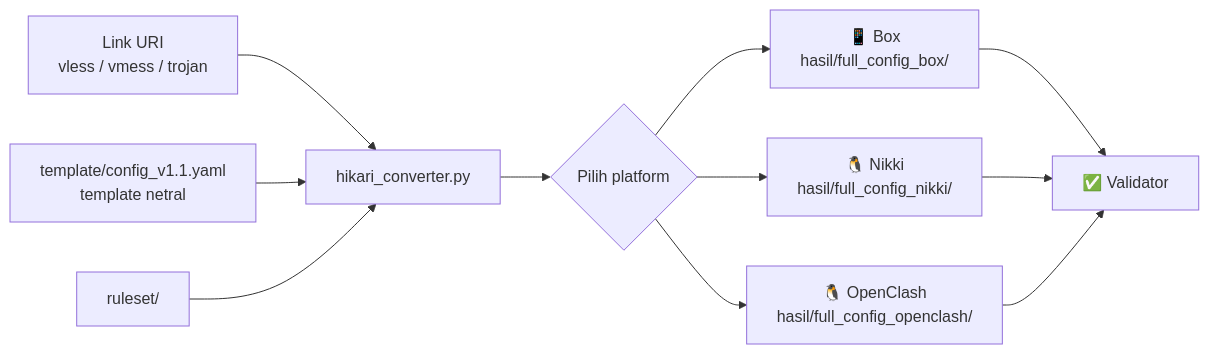
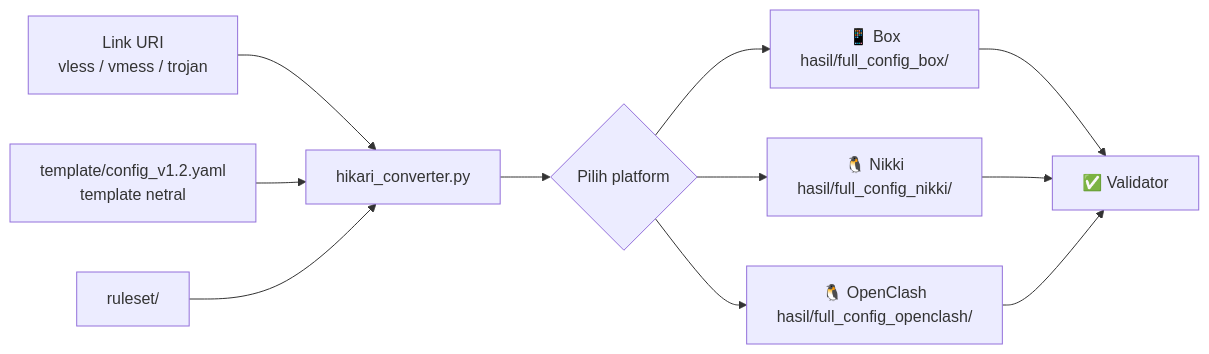
The diagram in README.md (nexterade/hikari-clash), drawn with Mermaid before and after one commit. The commit also changed other lines of this file and 4 other files, not shown here.

````diff
--- a/README.md
+++ b/README.md
@@ -97,13 +97,13 @@
 ```mermaid
 flowchart LR
     A[Link URI<br/>vless / vmess / trojan] --> B[hikari_converter.py]
-    T[template/config_v1.1.yaml<br/>template netral] --> B
+    T[template/config_v1.2.yaml<br/>template netral] --> B
     R[ruleset/] --> B
     B --> P{Pilih platform}
     P --> X[📱 Box<br/>hasil/full_config_box/]
     P --> Y[🐧 Nikki<br/>hasil/full_config_nikki/]
     P --> Z[🐧 OpenClash<br/>hasil/full_config_openclash/]
     X --> V[✅ Validator]
     Y --> V
     Z --> V
 ```
````
